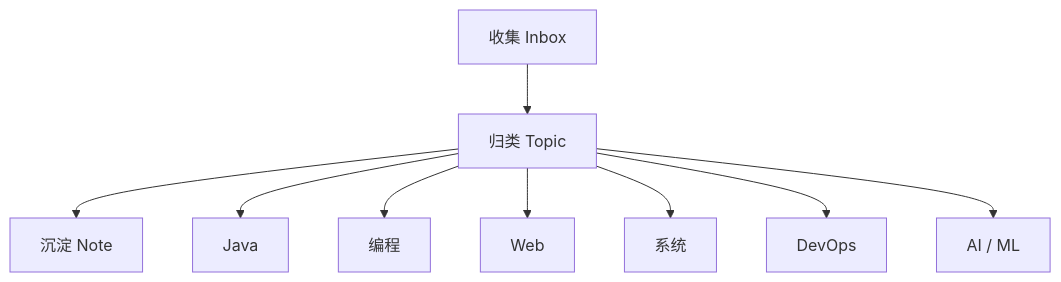
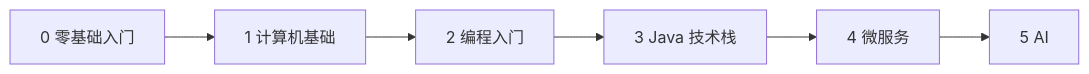
The diagram in README.md (huangyongliang/tech-notes), drawn with Mermaid before and after one commit. The commit also changed other lines of this file and 3 other files, not shown here.

First line of the commit message:
feat(site): roadmap entry buttons and nav

````diff
--- a/README.md
+++ b/README.md
@@ -32,10 +36,5 @@
 ```mermaid
-flowchart TD
-  A[收集 Inbox] --> B[归类 Topic] --> C[沉淀 Note]
-  B --> J[Java]
-  B --> P[编程]
-  B --> W[Web]
-  B --> S[系统]
-  B --> D[DevOps]
-  B --> M[AI / ML]
+flowchart LR
+  S0[0 零基础入门] --> S1[1 计算机基础] --> S2[2 编程入门]
+  S2 --> S3[3 Java 技术栈] --> S4[4 微服务] --> S5[5 AI]
 ```
````
